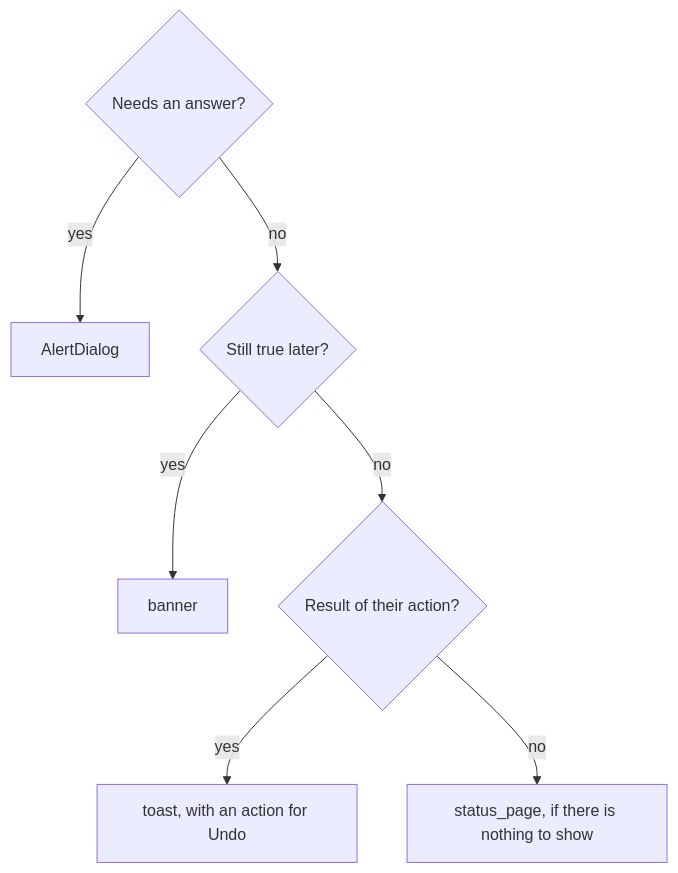
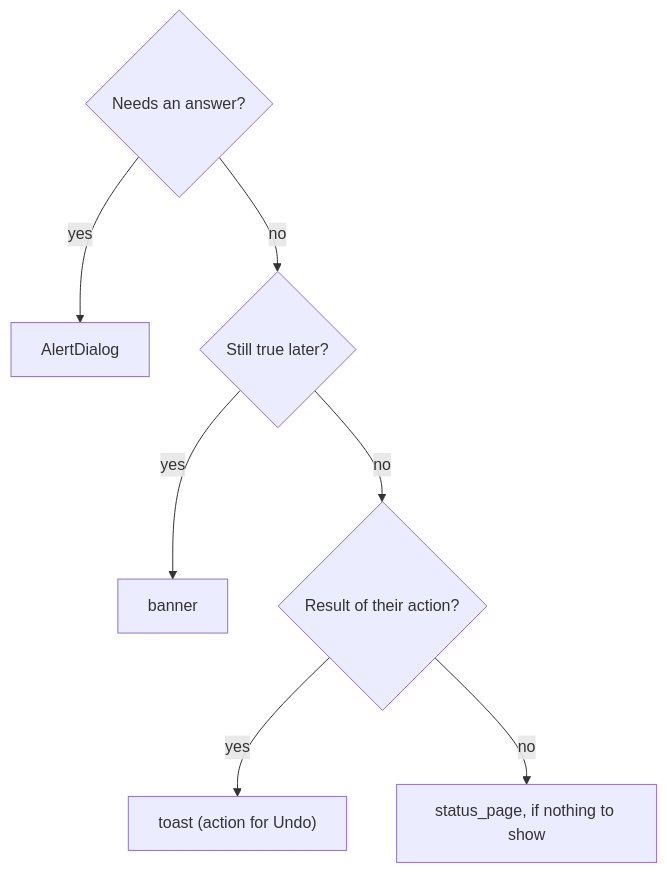
One commit to VaZark/iced-libadwaita changed the diagram in docs/lib/choosing.md. Above: the diagram before and after it, drawn with Mermaid. The commit also changed other lines of this file and 394 other files, not shown here.

````diff
--- a/docs/lib/choosing.md
+++ b/docs/lib/choosing.md
@@ -15,9 +15,9 @@
 ```mermaid
 flowchart TD
     Q{"Needs an answer?"} -- yes --> Dlg["AlertDialog"]
     Q -- no --> P{"Still true later?"}
     P -- yes --> B["banner"]
     P -- no --> R{"Result of their action?"}
-    R -- yes --> T["toast, with an action for Undo"]
-    R -- no --> S["status_page, if there is nothing to show"]
+    R -- yes --> T["toast (action for Undo)"]
+    R -- no --> S["status_page, if nothing to show"]
 ```
````
